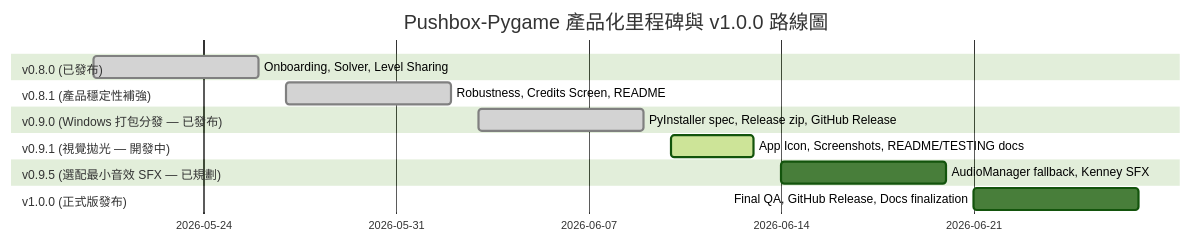
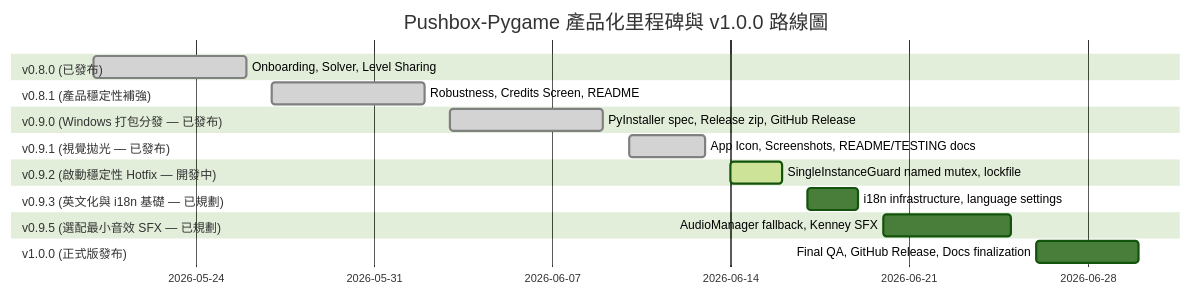
One commit to YI-TING-EE13/Pushbox-Pygame changed the diagram in DEVELOPMENT.md. Above: the diagram before and after it, drawn with Mermaid (forest theme). The commit also changed other lines of this file and 10 other files, not shown here.

````diff
--- a/DEVELOPMENT.md
+++ b/DEVELOPMENT.md
@@ -167,17 +167,21 @@
 ```mermaid
 gantt
     title Pushbox-Pygame 產品化里程碑與 v1.0.0 路線圖
     dateFormat  YYYY-MM-DD
     section v0.8.0 (已發布)
     Onboarding, Solver, Level Sharing :done, 2026-05-20, 2026-05-26
     section v0.8.1 (產品穩定性補強)
     Robustness, Credits Screen, README :done, 2026-05-27, 2026-06-02
     section v0.9.0 (Windows 打包分發 — 已發布)
     PyInstaller spec, Release zip, GitHub Release :done, 2026-06-03, 2026-06-09
-    section v0.9.1 (視覺拋光 — 開發中)
-    App Icon, Screenshots, README/TESTING docs :active, 2026-06-10, 2026-06-13
+    section v0.9.1 (視覺拋光 — 已發布)
+    App Icon, Screenshots, README/TESTING docs :done, 2026-06-10, 2026-06-13
+    section v0.9.2 (啟動穩定性 Hotfix — 開發中)
+    SingleInstanceGuard named mutex, lockfile :active, 2026-06-14, 2026-06-16
+    section v0.9.3 (英文化與 i18n 基礎 — 已規劃)
+    i18n infrastructure, language settings : 2026-06-17, 2026-06-19
     section v0.9.5 (選配最小音效 SFX — 已規劃)
-    AudioManager fallback, Kenney SFX : 2026-06-14, 2026-06-20
+    AudioManager fallback, Kenney SFX : 2026-06-20, 2026-06-25
     section v1.0.0 (正式版發布)
-    Final QA, GitHub Release, Docs finalization : 2026-06-21, 2026-06-27
+    Final QA, GitHub Release, Docs finalization : 2026-06-26, 2026-06-30
 ```
````
